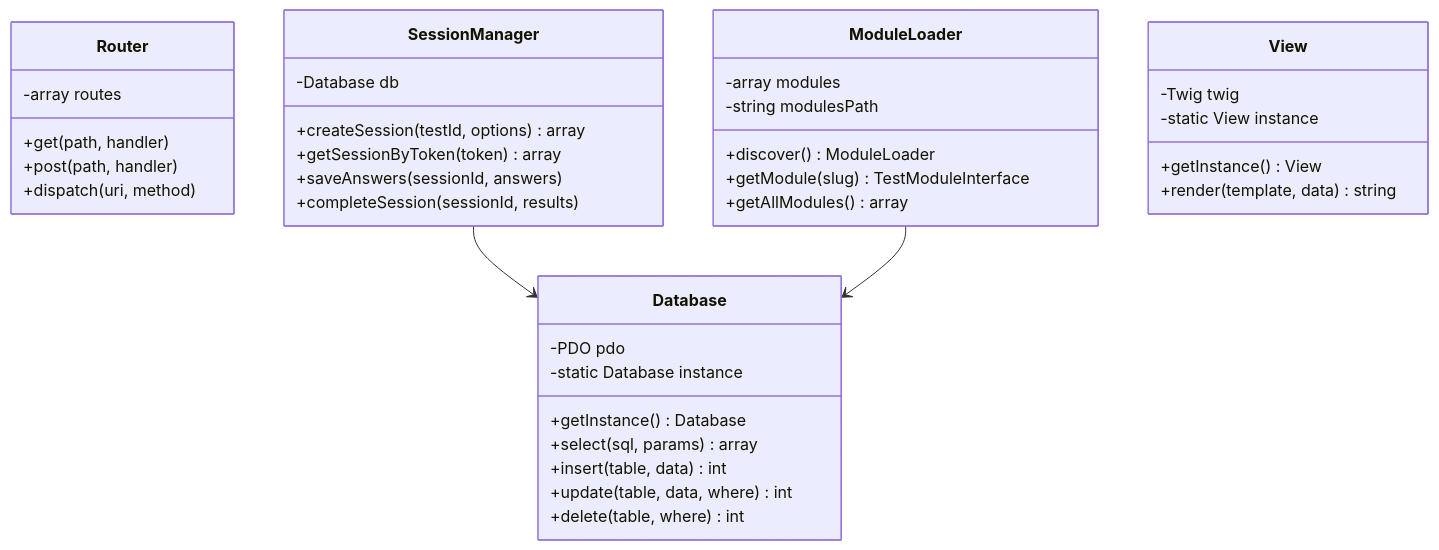
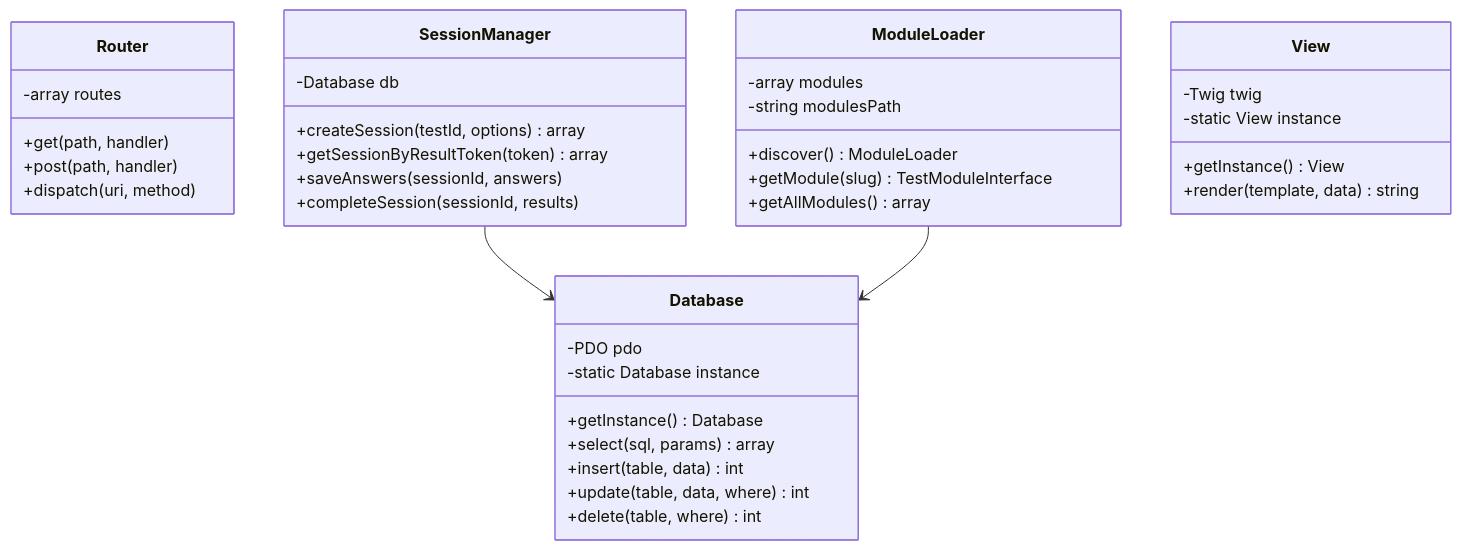
Before and after one commit to dmitryturin-art/psytest-platform: the second of 5 diagrams in docs/architecture.md, drawn with Mermaid. The commit also changed other lines of this file and 14 other files, not shown here.

````diff
--- a/docs/architecture.md
+++ b/docs/architecture.md
@@ -197,45 +197,45 @@
 ```mermaid
 classDiagram
     class Database {
         -PDO pdo
         -static Database instance
         +getInstance() Database
         +select(sql, params) array
         +insert(table, data) int
         +update(table, data, where) int
         +delete(table, where) int
     }
     
     class Router {
         -array routes
         +get(path, handler)
         +post(path, handler)
         +dispatch(uri, method)
     }
     
     class SessionManager {
         -Database db
         +createSession(testId, options) array
-        +getSessionByToken(token) array
+        +getSessionByResultToken(token) array
         +saveAnswers(sessionId, answers)
         +completeSession(sessionId, results)
     }
     
     class ModuleLoader {
         -array modules
         -string modulesPath
         +discover() ModuleLoader
         +getModule(slug) TestModuleInterface
         +getAllModules() array
     }
     
     class View {
         -Twig twig
         -static View instance
         +getInstance() View
         +render(template, data) string
     }
     
     SessionManager --> Database
     ModuleLoader --> Database
 ```
````
